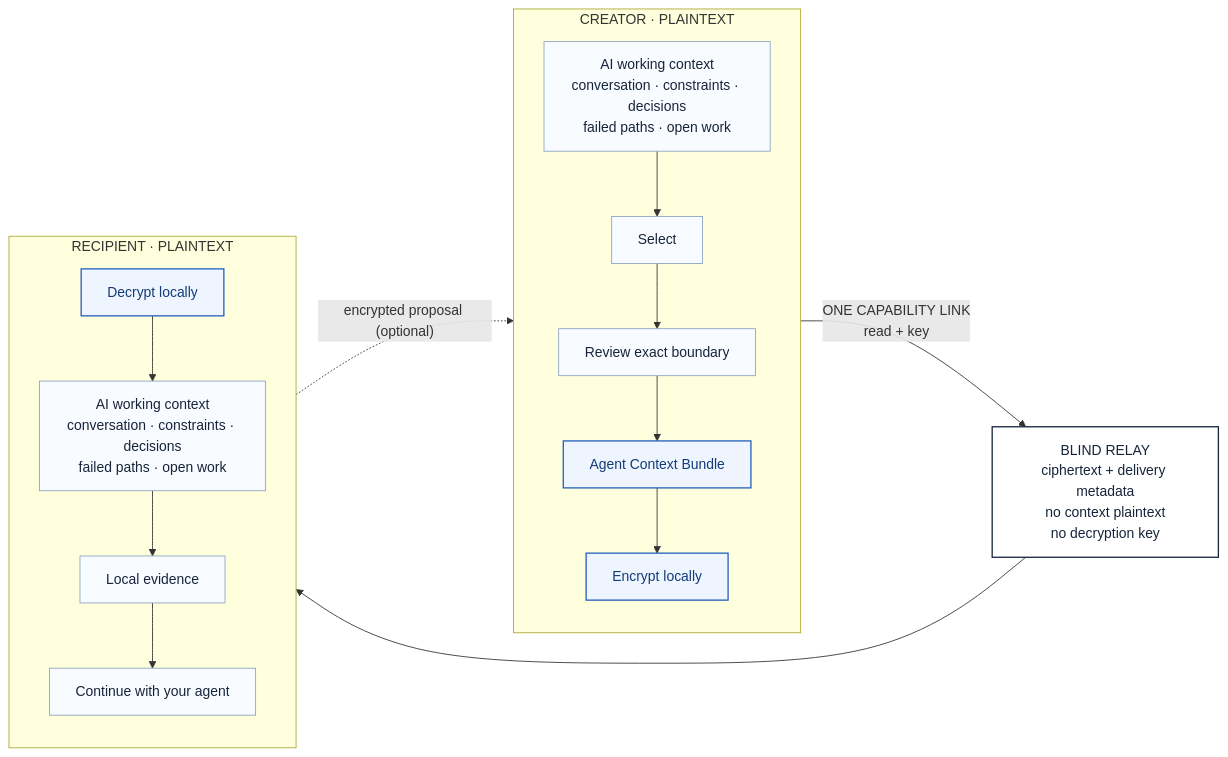
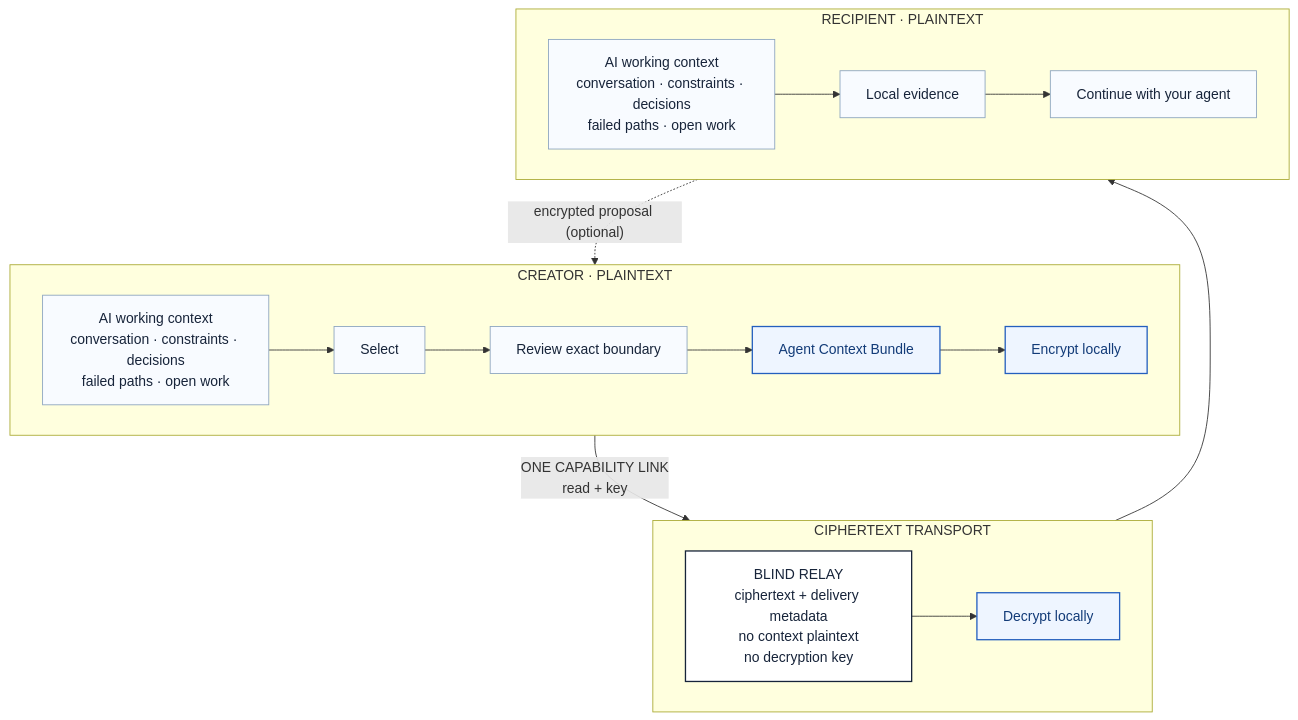
Before and after one commit to amazing-aaryan/amazing-aaryan.github.io: the diagram in public/projects/agentshare/architecture.mmd, drawn with Mermaid.

Commit message:
fix: stack AgentShare Mermaid sections vertically

```diff
--- a/public/projects/agentshare/architecture.mmd
+++ b/public/projects/agentshare/architecture.mmd
@@ -1,27 +1,30 @@
-flowchart LR
+flowchart TB
   subgraph CREATOR["CREATOR · PLAINTEXT"]
-    direction TB
+    direction LR
     C0["AI working context<br/>conversation · constraints · decisions<br/>failed paths · open work"] --> C1[Select]
     C1 --> C2[Review exact boundary]
     C2 --> C3[Agent Context Bundle]
     C3 --> C4[Encrypt locally]
   end
 
-  C4 -->|"ONE CAPABILITY LINK<br/>read + key"| R["BLIND RELAY<br/>ciphertext + delivery metadata<br/>no context plaintext<br/>no decryption key"]
-  R --> D[Decrypt locally]
+  subgraph TRANSPORT["CIPHERTEXT TRANSPORT"]
+    direction LR
+    R["BLIND RELAY<br/>ciphertext + delivery metadata<br/>no context plaintext<br/>no decryption key"] --> D[Decrypt locally]
+  end
 
   subgraph RECIPIENT["RECIPIENT · PLAINTEXT"]
-    direction TB
-    D --> P0["AI working context<br/>conversation · constraints · decisions<br/>failed paths · open work"]
-    P0 --> P1[Local evidence]
+    direction LR
+    P0["AI working context<br/>conversation · constraints · decisions<br/>failed paths · open work"] --> P1[Local evidence]
     P1 --> P2[Continue with your agent]
   end
 
+  C4 -->|"ONE CAPABILITY LINK<br/>read + key"| R
+  D --> P0
   P2 -. "encrypted proposal (optional)" .-> C2
 
   classDef context fill:#f8fbff,stroke:#8ca4bf,color:#17243a,stroke-width:1px;
   classDef secure fill:#eef5ff,stroke:#245fbe,color:#123b78,stroke-width:1.5px;
   classDef relay fill:#ffffff,stroke:#17243a,color:#17243a,stroke-width:1.5px;
   class C0,C1,C2,P0,P1,P2 context;
   class C3,C4,D secure;
   class R relay;
```
